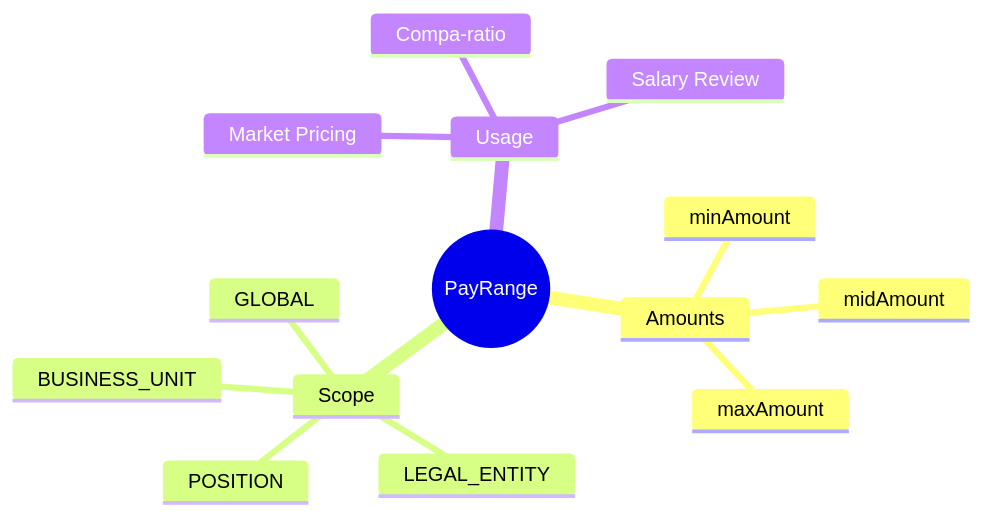
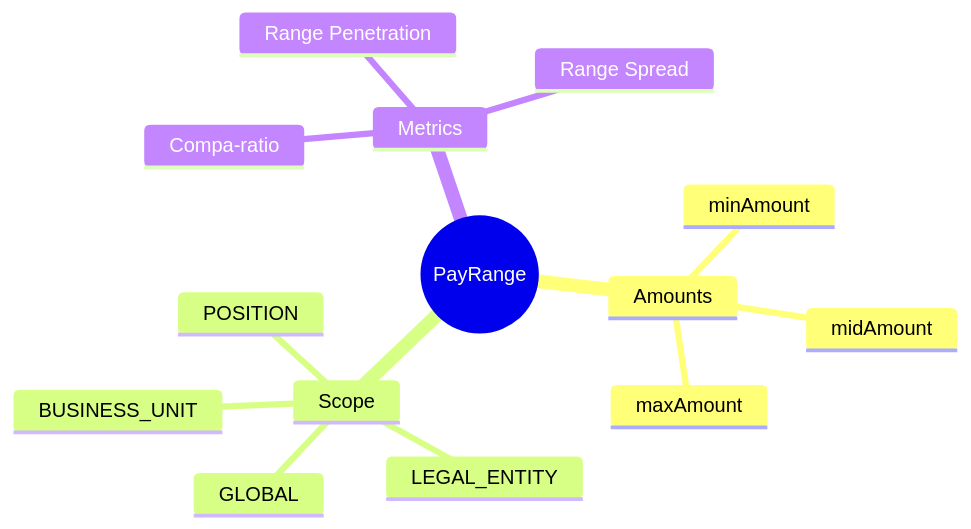
Before and after one commit to a4b-corporation/xTalent: the first of 4 diagrams in docs/01-modules/TR/00-ontology/domain/job-architecture/pay-range.onto.md, drawn with Mermaid. The commit also changed other lines of this file and 14 other files, not shown here.

````diff
--- a/docs/01-modules/TR/00-ontology/domain/job-architecture/pay-range.onto.md
+++ b/docs/01-modules/TR/00-ontology/domain/job-architecture/pay-range.onto.md
@@ -122,17 +124,17 @@
 ```mermaid
 mindmap
   root((PayRange))
     Amounts
       minAmount
       midAmount
       maxAmount
     Scope
       GLOBAL
       LEGAL_ENTITY
       BUSINESS_UNIT
       POSITION
-    Usage
-      Market Pricing
+    Metrics
       Compa-ratio
-      Salary Review
+      Range Penetration
+      Range Spread
 ```
````
